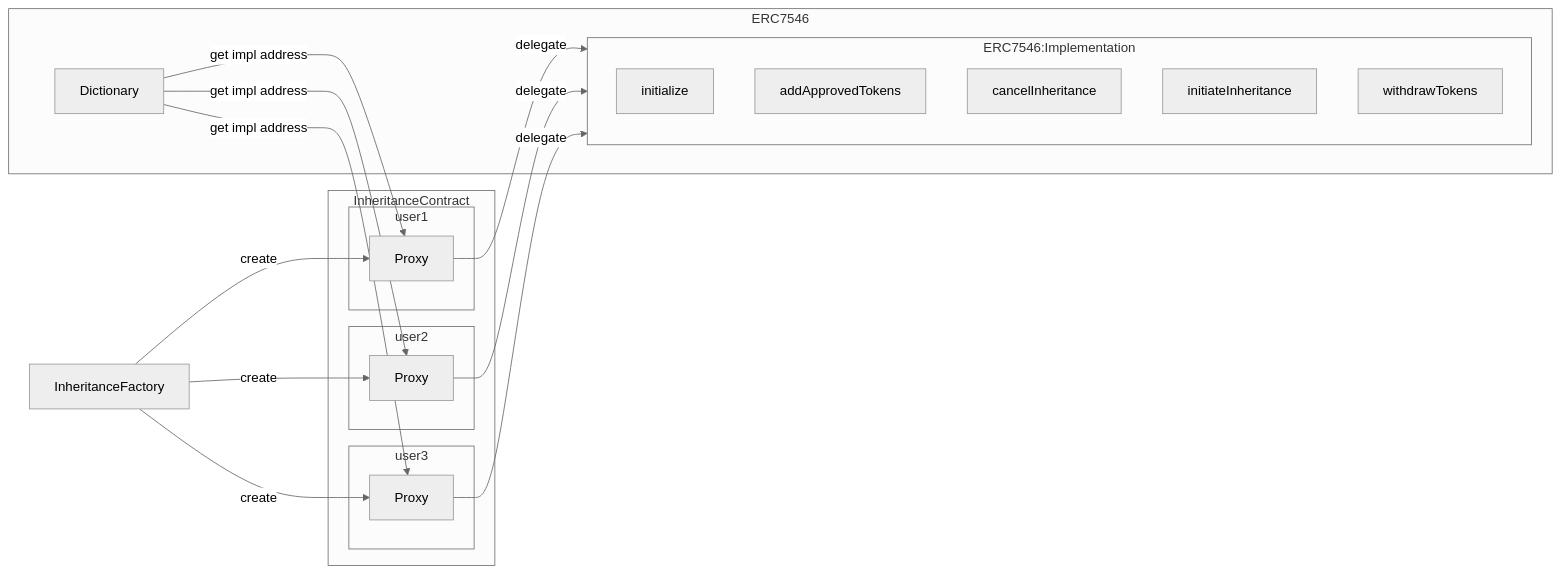
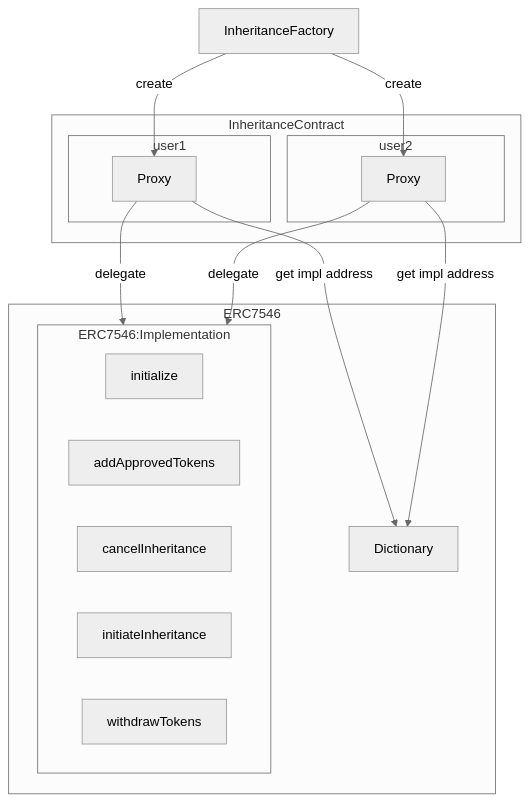
Before and after one commit to naizo01/TrustlessInheritance: the diagram in docs/contracts.md, drawn with Mermaid (neutral theme).

Commit message:
Update contracts.md, remove Proxy3 references

````diff
--- a/docs/contracts.md
+++ b/docs/contracts.md
@@ -3,43 +3,38 @@
 ```mermaid
-graph LR;
+graph TB;
     InheritanceFactory-->|create|Proxy1;
     InheritanceFactory-->|create|Proxy2;
-    InheritanceFactory-->|create|Proxy3;
 
-    Dict[Dictionary] -->|get impl address| Proxy1[Proxy];
-    Dict[Dictionary] -->|get impl address| Proxy2[Proxy];
-    Dict[Dictionary] -->|get impl address| Proxy3[Proxy];
+    Proxy1[Proxy] -->|get impl address| Dict[Dictionary];
+    Proxy2[Proxy] -->|get impl address| Dict[Dictionary];
+
     Proxy1 -->|delegate| ERC7546:Implementation;
     Proxy2 -->|delegate| ERC7546:Implementation;
-    Proxy3 -->|delegate| ERC7546:Implementation;
 
 
       InheritanceFactory 
 
 
     subgraph InheritanceContract
 
       subgraph user1
         Proxy1
       end
       subgraph user2
         Proxy2
-      end
-      subgraph user3
-        Proxy3
       end
     end
 
     subgraph ERC7546
       Dict
       subgraph ERC7546:Implementation
         initialize 
         addApprovedTokens
         cancelInheritance
         initiateInheritance
         withdrawTokens
 
       end
     end
 
 ```
````
